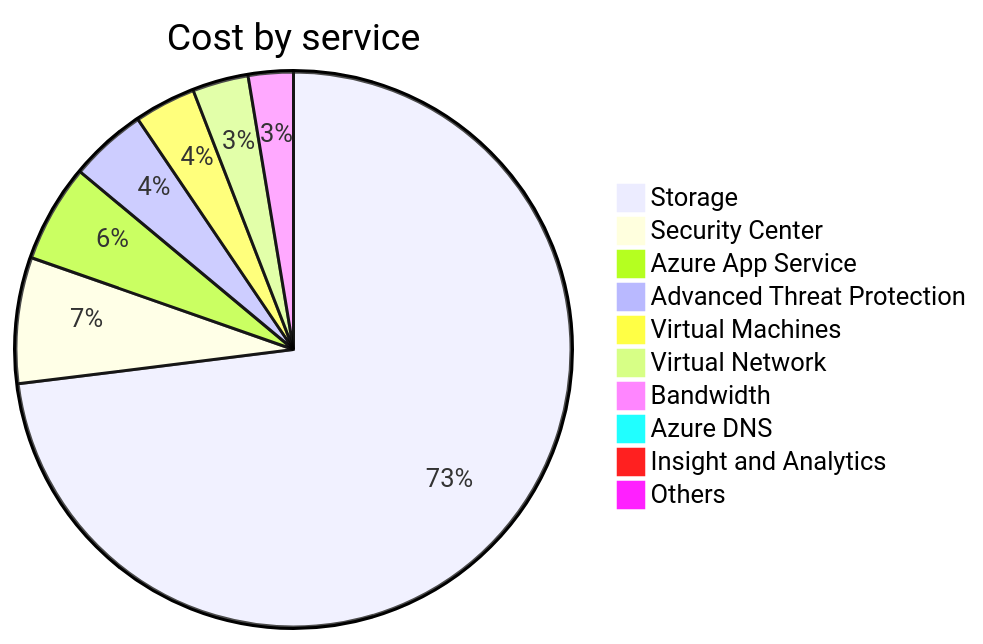
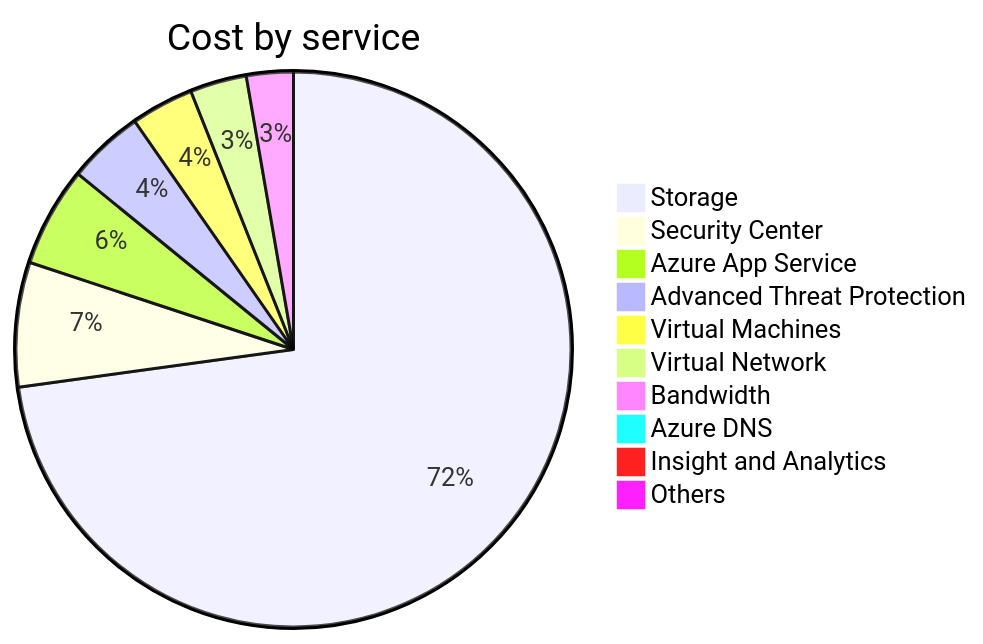
The second of 4 diagrams in cost-reports/accumulated-cost.md (jpfulton/azure-personal-reports), drawn with Mermaid before and after one commit. The commit also changed other lines of this file and 4 other files, not shown here.

````diff
--- a/cost-reports/accumulated-cost.md
+++ b/cost-reports/accumulated-cost.md
@@ -102,14 +102,14 @@
 ```mermaid
 pie
    title Cost by service
-   "Storage" : 196.81
+   "Storage" : 198.78
    "Security Center" : 19.78
-   "Azure App Service" : 15.34
-   "Advanced Threat Protection" : 12.09
-   "Virtual Machines" : 9.65
-   "Virtual Network" : 8.78
-   "Bandwidth" : 7.06
-   "Azure DNS" : 1.27
+   "Azure App Service" : 15.85
+   "Advanced Threat Protection" : 12.12
+   "Virtual Machines" : 9.98
+   "Virtual Network" : 8.99
+   "Bandwidth" : 7.44
+   "Azure DNS" : 1.31
    "Insight and Analytics" : 0.00
    "Others" : 0.00
 ```
````
